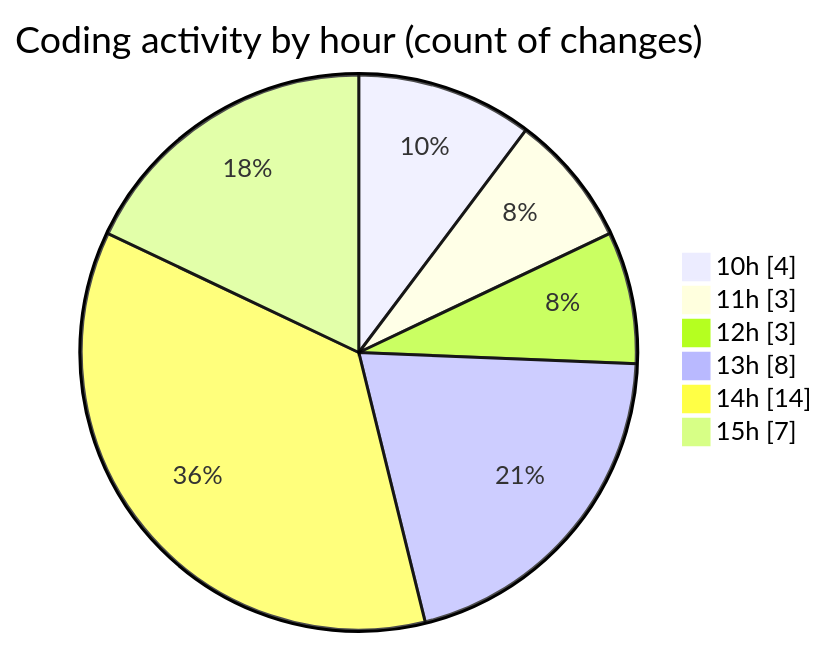
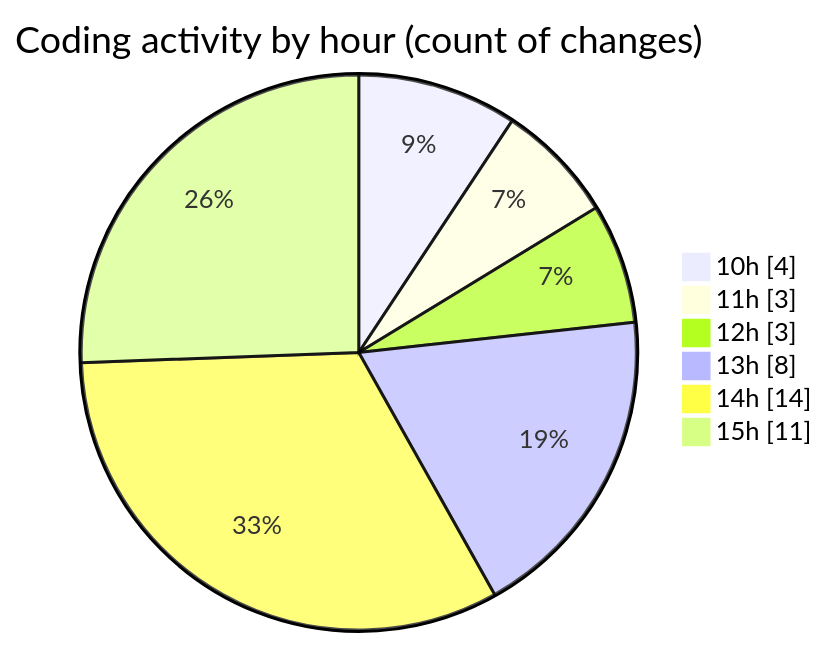
Before and after one commit to momahboobian/code-tracking: the second of 2 diagrams in 2025-11-28/cda/README.md, drawn with Mermaid. The commit also changed other lines of this file and 1 other file, not shown here.

````diff
--- a/2025-11-28/cda/README.md
+++ b/2025-11-28/cda/README.md
@@ -46,10 +46,10 @@
 ```mermaid
 pie showData
 title Coding activity by hour (count of changes)
 "10h" : 4
 "11h" : 3
 "12h" : 3
 "13h" : 8
 "14h" : 14
-"15h" : 7
+"15h" : 11
 ```
````
